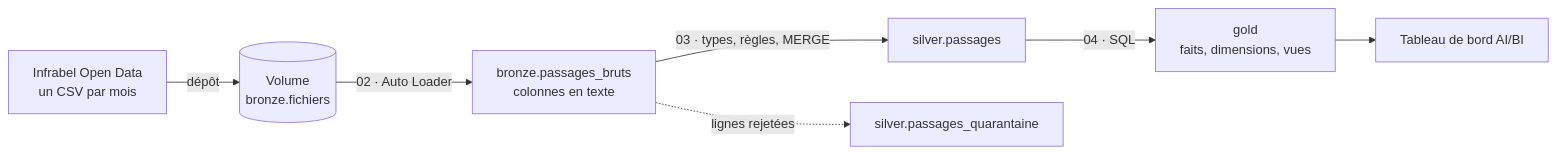
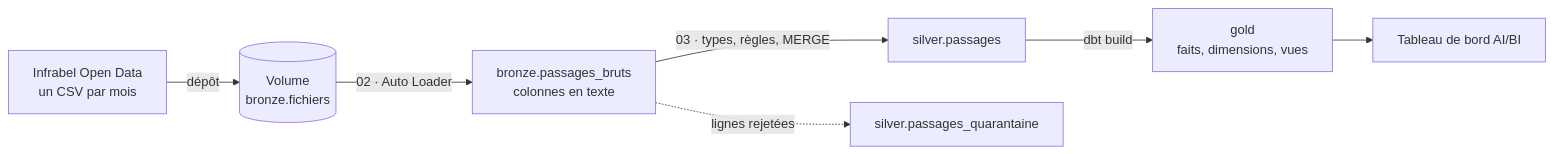
The first of 3 diagrams in README.md (AstreetM/infrabel-ponctualite), drawn with Mermaid before and after one commit. The commit also changed other lines of this file and 34 other files, not shown here.

First line of the commit message:
Passe le gold à dbt et ajoute le CI/CD avec un bundle Databricks

````diff
--- a/README.md
+++ b/README.md
@@ -20,9 +22,9 @@
 ```mermaid
 flowchart LR
     src["Infrabel Open Data<br/>un CSV par mois"] -->|dépôt| vol[("Volume<br/>bronze.fichiers")]
     vol -->|"02 · Auto Loader"| bronze["bronze.passages_bruts<br/>colonnes en texte"]
     bronze -->|"03 · types, règles, MERGE"| silver["silver.passages"]
     bronze -.->|lignes rejetées| quarantaine["silver.passages_quarantaine"]
-    silver -->|"04 · SQL"| gold["gold<br/>faits, dimensions, vues"]
+    silver -->|"dbt build"| gold["gold<br/>faits, dimensions, vues"]
     gold --> dashboard["Tableau de bord AI/BI"]
 ```
````
